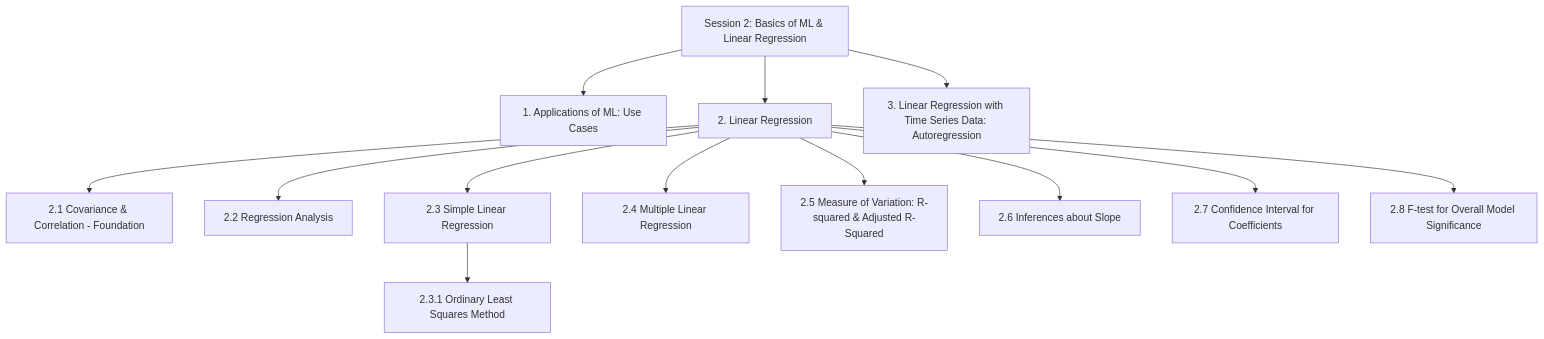
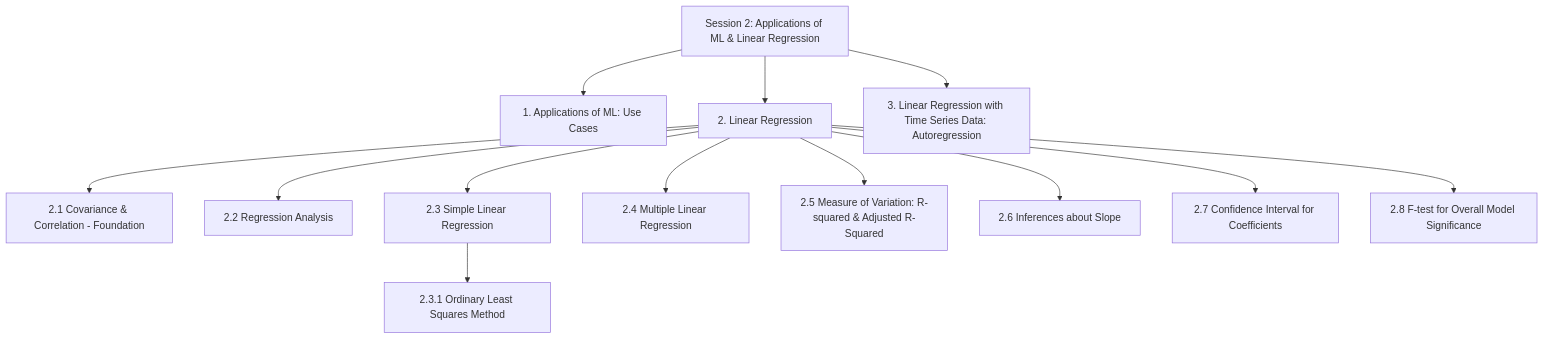
The first of 10 diagrams in semester-1/05-supervised-ml-regression/notes/02-linear-regression.md (mhd-riaz/data-scientist-roadmap), drawn with Mermaid before and after one commit. The commit also changed other lines of this file and 5 other files, not shown here.

````diff
--- a/semester-1/05-supervised-ml-regression/notes/02-linear-regression.md
+++ b/semester-1/05-supervised-ml-regression/notes/02-linear-regression.md
@@ -8,15 +8,15 @@
 ```mermaid
 flowchart TD
-    S2[Session 2: Basics of ML & Linear Regression] --> P1[1. Applications of ML: Use Cases]
+    S2[Session 2: Applications of ML & Linear Regression] --> P1[1. Applications of ML: Use Cases]
     S2 --> P2[2. Linear Regression]
     S2 --> P3[3. Linear Regression with Time Series Data: Autoregression]
     P2 --> C21[2.1 Covariance & Correlation - Foundation]
     P2 --> C22[2.2 Regression Analysis]
     P2 --> C23[2.3 Simple Linear Regression]
     C23 --> C231[2.3.1 Ordinary Least Squares Method]
     P2 --> C24[2.4 Multiple Linear Regression]
     P2 --> C25[2.5 Measure of Variation: R-squared & Adjusted R-Squared]
     P2 --> C26[2.6 Inferences about Slope]
     P2 --> C27[2.7 Confidence Interval for Coefficients]
     P2 --> C28[2.8 F-test for Overall Model Significance]
 ```
````
